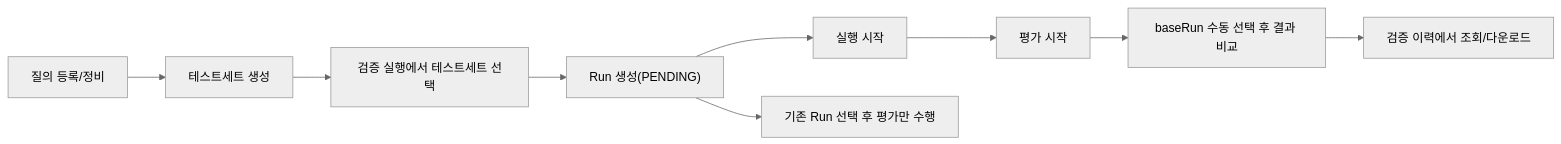
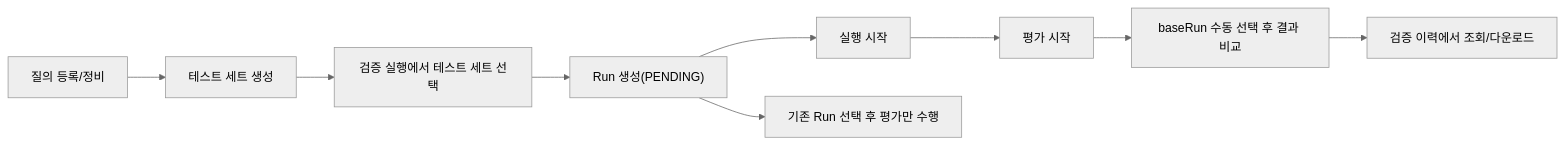
Before and after one commit to ago0528/ats: the third of 3 diagrams in agent_qa_dev/docs/architecture/backoffice-frontend-information-architecture.md, drawn with Mermaid (neutral theme). The commit also changed other lines of this file and 16 other files, not shown here.

````diff
--- a/agent_qa_dev/docs/architecture/backoffice-frontend-information-architecture.md
+++ b/agent_qa_dev/docs/architecture/backoffice-frontend-information-architecture.md
@@ -150,11 +150,11 @@
 ```mermaid
 flowchart LR
-  A["질의 등록/정비"] --> B["테스트세트 생성"]
-  B --> C["검증 실행에서 테스트세트 선택"]
+  A["질의 등록/정비"] --> B["테스트 세트 생성"]
+  B --> C["검증 실행에서 테스트 세트 선택"]
   C --> D["Run 생성(PENDING)"]
   D --> E["실행 시작"]
   D --> F["기존 Run 선택 후 평가만 수행"]
   E --> G["평가 시작"]
   G --> H["baseRun 수동 선택 후 결과 비교"]
   H --> I["검증 이력에서 조회/다운로드"]
 ```
````
